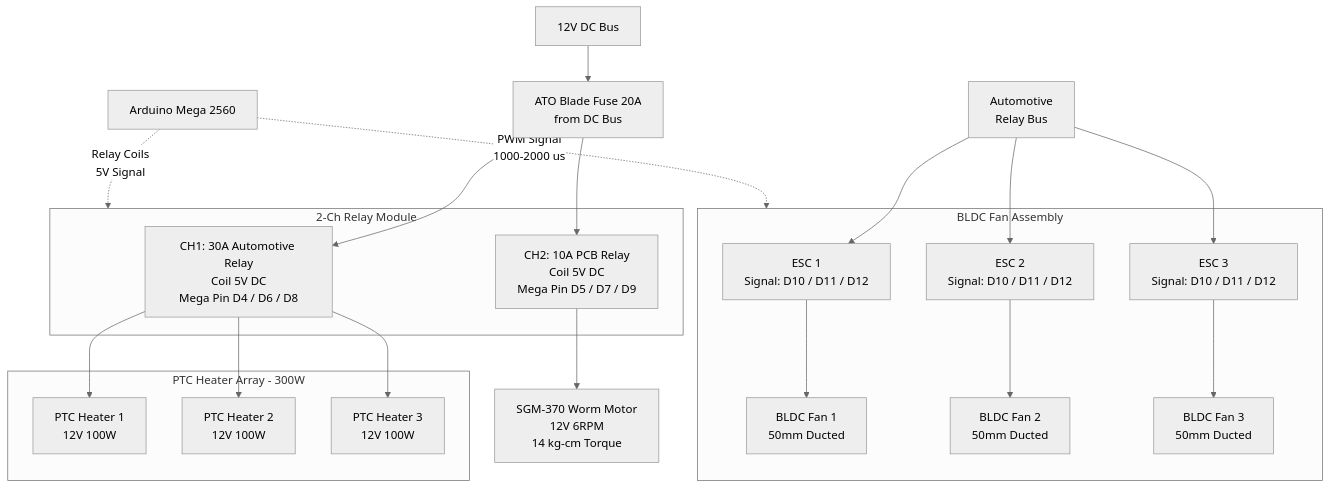
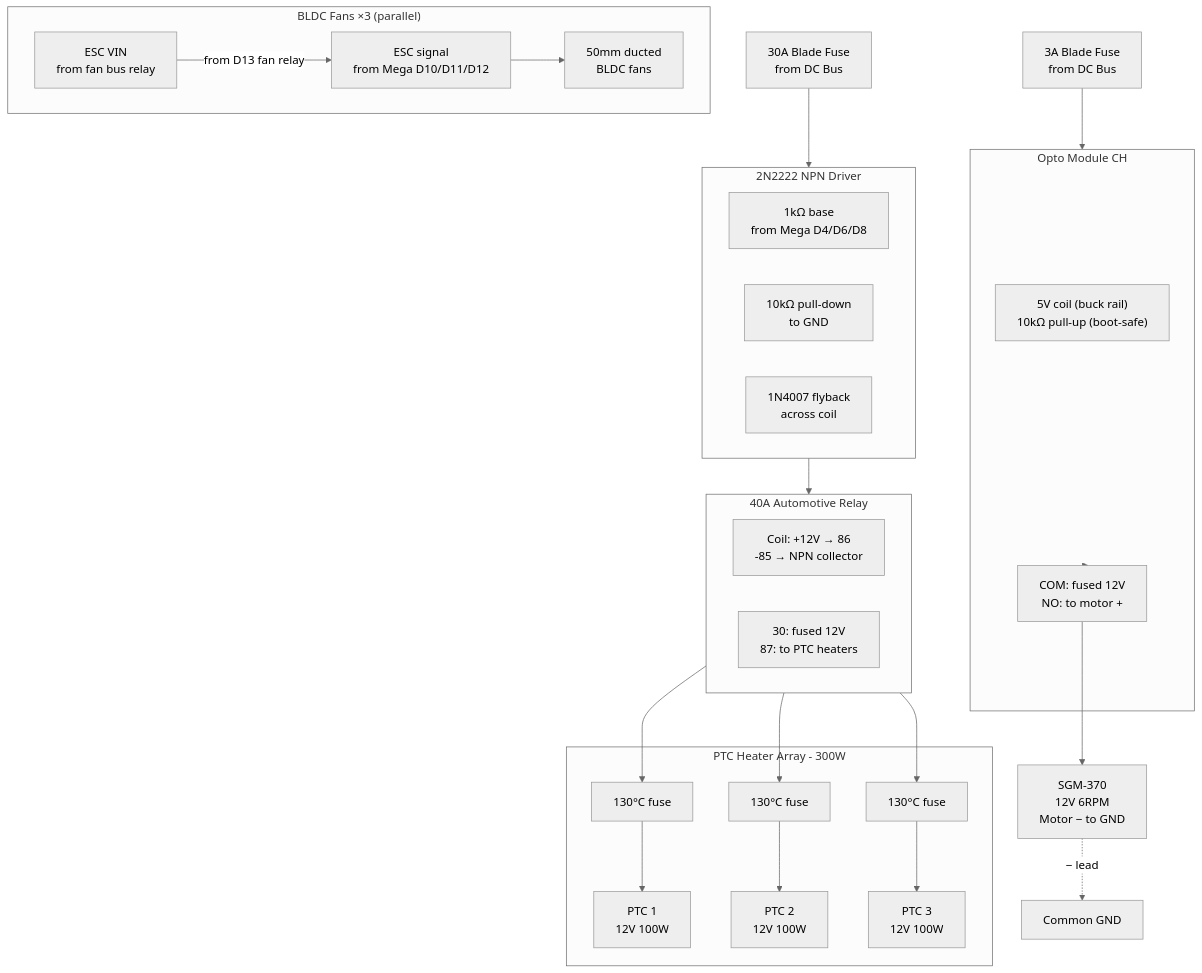
The third of 4 diagrams in docs/BLOCK-DIAGRAM.md (qppd/umbrella-dryer-v2), drawn with Mermaid (neutral theme) before and after one commit. The commit also changed other lines of this file and 14 other files, not shown here.

````diff
--- a/docs/BLOCK-DIAGRAM.md
+++ b/docs/BLOCK-DIAGRAM.md
@@ -109,42 +116,48 @@
 ```mermaid
 flowchart TB
-    FUSE["ATO Blade Fuse 20A<br/>from DC Bus"]
+    FUSE_PTC["30A Blade Fuse<br/>from DC Bus"]
+    FUSE_MOT["3A Blade Fuse<br/>from DC Bus"]
 
-    subgraph RELAYMOD["2-Ch Relay Module"]
-        CH1["CH1: 30A Automotive Relay<br/>Coil 5V DC<br/>Mega Pin D4 / D6 / D8"]
-        CH2["CH2: 10A PCB Relay<br/>Coil 5V DC<br/>Mega Pin D5 / D7 / D9"]
+    subgraph NPN_DRV["2N2222 NPN Driver"]
+        R_BASE["1kΩ base<br/>from Mega D4/D6/D8"]
+        R_PULL["10kΩ pull-down<br/>to GND"]
+        D_FLY["1N4007 flyback<br/>across coil"]
+    end
+
+    subgraph RELAY_H["40A Automotive Relay"]
+        COIL["Coil: +12V → 86<br/>-85 → NPN collector"]
+        CONTACTS["30: fused 12V<br/>87: to PTC heaters"]
     end
 
     subgraph HEATERS["PTC Heater Array - 300W"]
-        H1["PTC Heater 1<br/>12V 100W"]
-        H2["PTC Heater 2<br/>12V 100W"]
-        H3["PTC Heater 3<br/>12V 100W"]
+        THF1["130°C fuse"]
+        H1["PTC 1<br/>12V 100W"]
+        THF2["130°C fuse"]
+        H2["PTC 2<br/>12V 100W"]
+        THF3["130°C fuse"]
+        H3["PTC 3<br/>12V 100W"]
     end
 
-    MOTOR["SGM-370 Worm Motor<br/>12V 6RPM<br/>14 kg-cm Torque"]
-
-    subgraph FANS["BLDC Fan Assembly"]
-        E1["ESC 1<br/>Signal: D10 / D11 / D12"]
-        E2["ESC 2<br/>Signal: D10 / D11 / D12"]
-        E3["ESC 3<br/>Signal: D10 / D11 / D12"]
-        F1["BLDC Fan 1<br/>50mm Ducted"]
-        F2["BLDC Fan 2<br/>50mm Ducted"]
-        F3["BLDC Fan 3<br/>50mm Ducted"]
+    subgraph OPTO["Opto Module CH"]
+        OPTO_COIL["5V coil (buck rail)<br/>10kΩ pull-up (boot-safe)"]
+        OPTO_CONTACTS["COM: fused 12V<br/>NO: to motor +"]
     end
 
-    BUS["12V DC Bus"]
-    FBUS["Automotive<br/>Relay Bus"]
-    MEGA["Arduino Mega 2560"]
+    MOTOR["SGM-370<br/>12V 6RPM<br/>Motor − to GND"]
 
-    BUS --> FUSE --> CH1
-    FUSE --> CH2
-    CH1 --> H1
-    CH1 --> H2
-    CH1 --> H3
-    CH2 --> MOTOR
-    FBUS --> E1 --> F1
-    FBUS --> E2 --> F2
-    FBUS --> E3 --> F3
-    MEGA -. "Relay Coils<br/>5V Signal" .-> RELAYMOD
-    MEGA -. "PWM Signal<br/>1000-2000 us" .-> FANS
+    subgraph FANS["BLDC Fans ×3 (parallel)"]
+        ESC_S["ESC signal<br/>from Mega D10/D11/D12"]
+        ESC_V["ESC VIN<br/>from fan bus relay"]
+        BLDC_F["50mm ducted<br/>BLDC fans"]
+    end
+
+    FUSE_PTC --> NPN_DRV --> RELAY_H --> THF1 --> H1
+    RELAY_H --> THF2 --> H2
+    RELAY_H --> THF3 --> H3
+
+    FUSE_MOT --> OPTO --> OPTO_CONTACTS --> MOTOR
+    MOTOR -. "− lead" .-> GND["Common GND"]
+
+    FANS
+    ESC_V -->|"from D13 fan relay"| ESC_S --> BLDC_F
 ```
````
